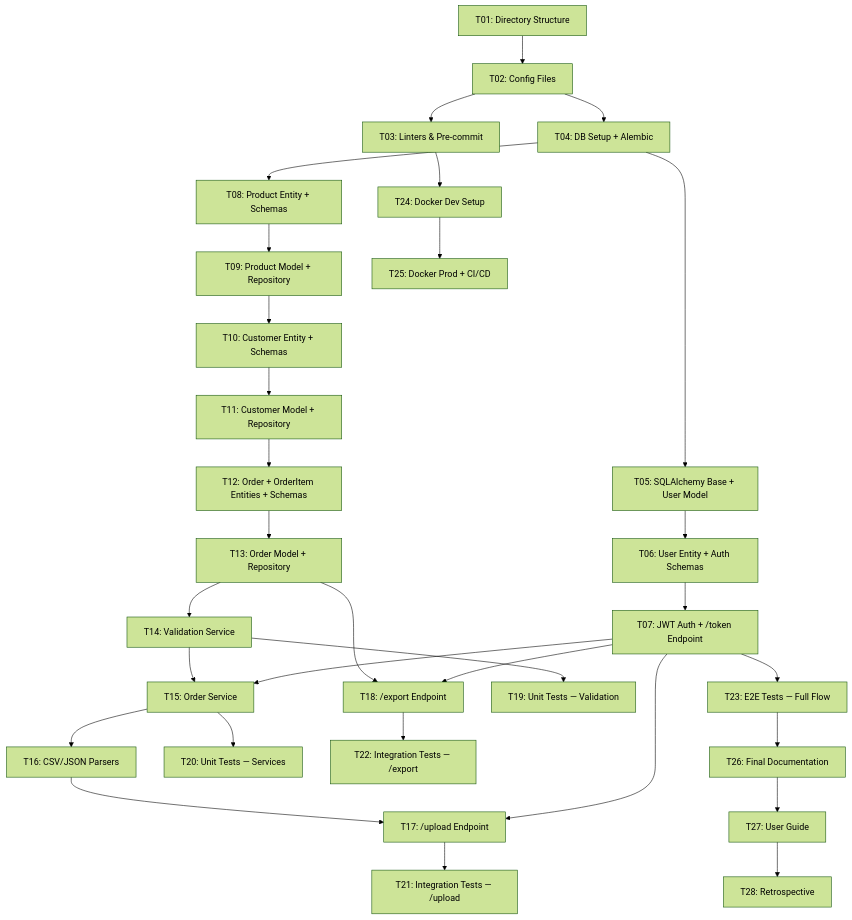
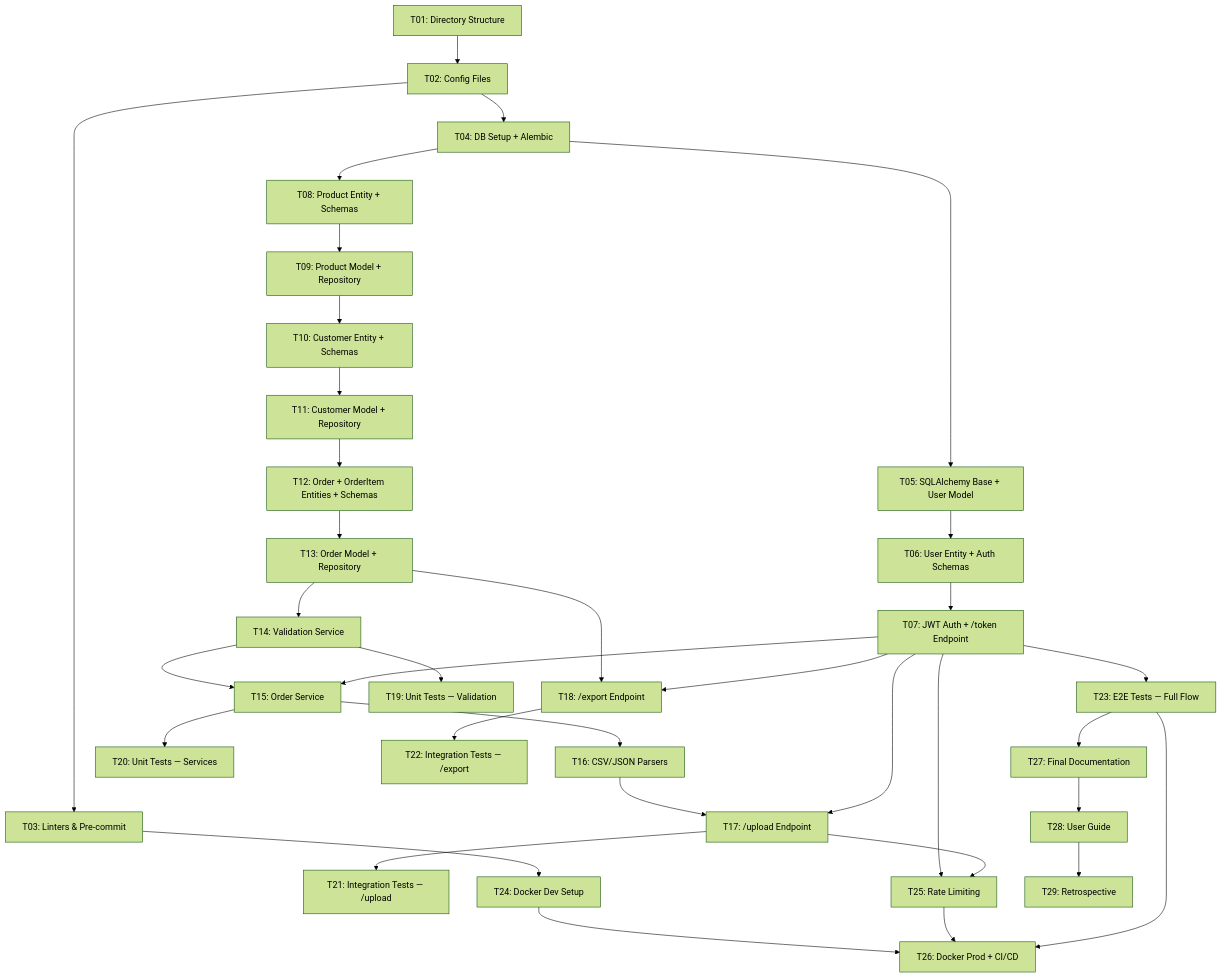
Before and after one commit to Fisherk2/api-csv-bulk-import: the diagram in tasks/plan.md, drawn with Mermaid (forest theme). The commit also changed other lines of this file and 3 other files, not shown here.

Commit message:
docs: add P7 Deployment spec with Docker, rate limiting, and CI/CD plan

````diff
--- a/tasks/plan.md
+++ b/tasks/plan.md
@@ -34,40 +34,44 @@
 ```mermaid
 graph TD
     T01[T01: Directory Structure] --> T02[T02: Config Files]
     T02 --> T03[T03: Linters & Pre-commit]
 
     T02 --> T04[T04: DB Setup + Alembic]
     T04 --> T05[T05: SQLAlchemy Base + User Model]
     T05 --> T06[T06: User Entity + Auth Schemas]
     T06 --> T07[T07: JWT Auth + /token Endpoint]
 
     T04 --> T08[T08: Product Entity + Schemas]
     T08 --> T09[T09: Product Model + Repository]
     T09 --> T10[T10: Customer Entity + Schemas]
     T10 --> T11[T11: Customer Model + Repository]
     T11 --> T12[T12: Order + OrderItem Entities + Schemas]
 
     T12 --> T13[T13: Order Model + Repository]
     T13 --> T14[T14: Validation Service]
     T14 --> T15[T15: Order Service]
     T07 --> T15
     T15 --> T16[T16: CSV/JSON Parsers]
     T16 --> T17[T17: /upload Endpoint]
     T07 --> T17
 
     T13 --> T18[T18: /export Endpoint]
     T07 --> T18
 
     T14 --> T19[T19: Unit Tests — Validation]
     T15 --> T20[T20: Unit Tests — Services]
     T17 --> T21[T21: Integration Tests — /upload]
     T18 --> T22[T22: Integration Tests — /export]
     T07 --> T23[T23: E2E Tests — Full Flow]
 
     T03 --> T24[T24: Docker Dev Setup]
-    T24 --> T25[T25: Docker Prod + CI/CD]
+    T07 --> T25[T25: Rate Limiting]
+    T17 --> T25
+    T24 --> T26[T26: Docker Prod + CI/CD]
+    T25 --> T26
+    T23 --> T26
 
-    T23 --> T26[T26: Final Documentation]
-    T26 --> T27[T27: User Guide]
-    T27 --> T28[T28: Retrospective]
+    T23 --> T27[T27: Final Documentation]
+    T27 --> T28[T28: User Guide]
+    T28 --> T29[T29: Retrospective]
 ```
````
